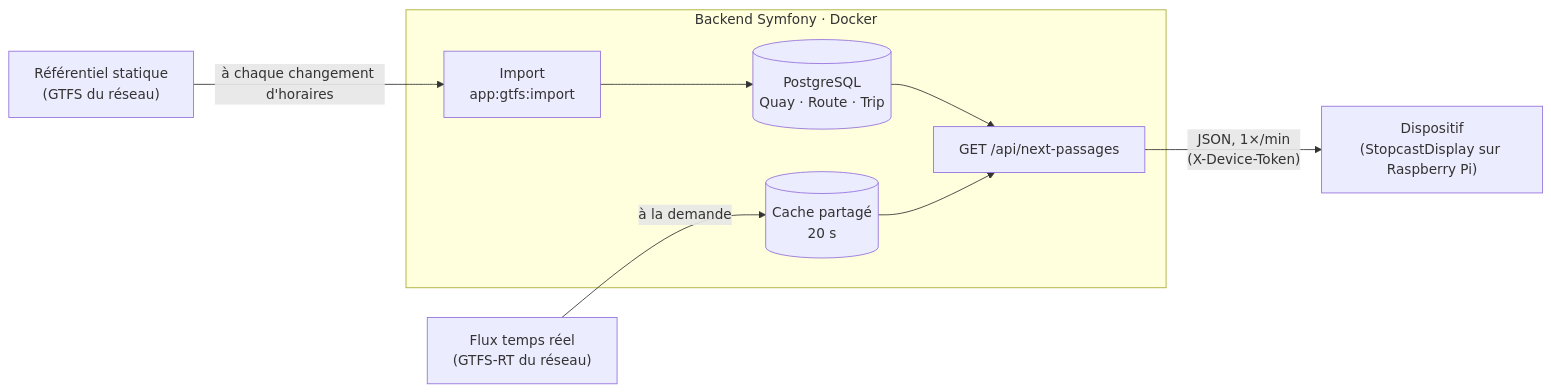
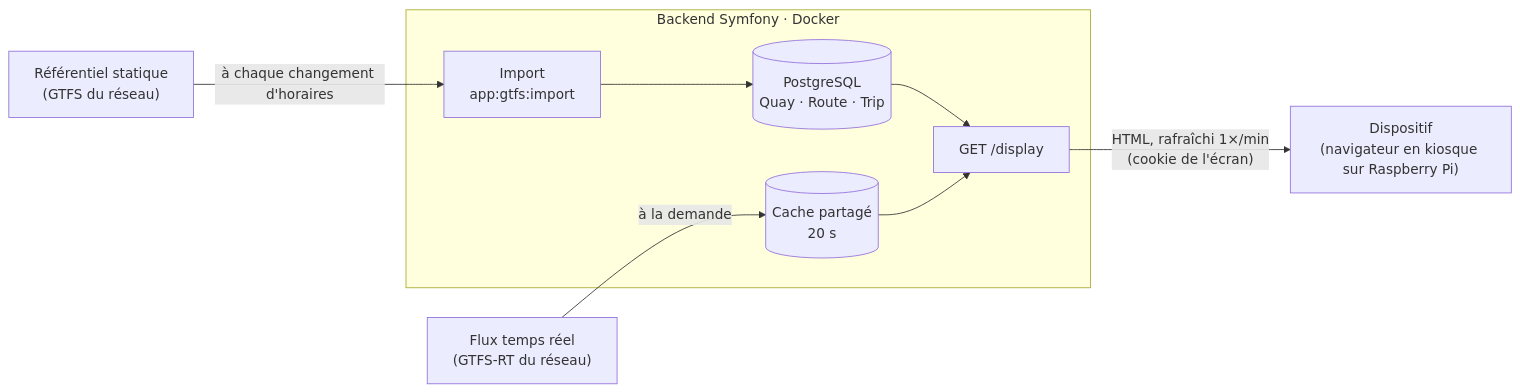
The diagram in README.md (v-gael/Stopcast), drawn with Mermaid before and after one commit. The commit also changed other lines of this file and 50 other files, not shown here.

First line of the commit message:
refactor(display): remove the JSON API and device tokens

````diff
--- a/README.md
+++ b/README.md
@@ -25,13 +25,13 @@
 ```mermaid
 flowchart LR
     ST["Référentiel statique<br/>(GTFS du réseau)"]
     RT["Flux temps réel<br/>(GTFS-RT du réseau)"]
     subgraph Back["Backend Symfony · Docker"]
         I["Import<br/>app:gtfs:import"] --> DB[("PostgreSQL<br/>Quay · Route · Trip")]
-        DB --> A["GET /api/next-passages"]
+        DB --> A["GET /display"]
         C[("Cache partagé<br/>20 s")] --> A
     end
     ST -- "à chaque changement d'horaires" --> I
     RT -- "à la demande" --> C
-    A -- "JSON, 1×/min<br/>(X-Device-Token)" --> D["Dispositif<br/>(StopcastDisplay sur Raspberry Pi)"]
+    A -- "HTML, rafraîchi 1×/min<br/>(cookie de l'écran)" --> D["Dispositif<br/>(navigateur en kiosque sur Raspberry Pi)"]
 ```
````
